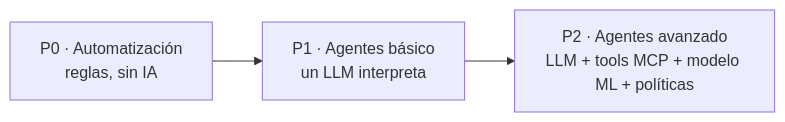
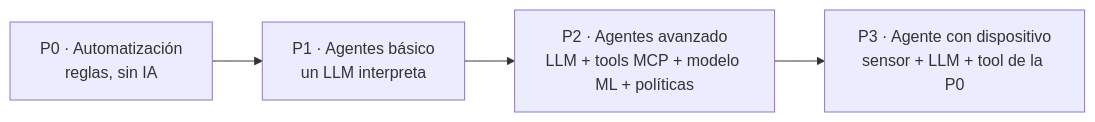
One commit to ProfOmarPinzon/agentes-low-code-n8n changed the diagram in README.md. Above: the diagram before and after it, drawn with Mermaid. The commit also changed other lines of this file and 14 other files, not shown here.

````diff
--- a/README.md
+++ b/README.md
@@ -5,5 +5,6 @@
 ```mermaid
 flowchart LR
     P0["P0 · Automatización<br/>reglas, sin IA"] --> P1["P1 · Agentes básico<br/>un LLM interpreta"]
     P1 --> P2["P2 · Agentes avanzado<br/>LLM + tools MCP + modelo ML + políticas"]
+    P2 --> P3["P3 · Agente con dispositivo<br/>sensor + LLM + tool de la P0"]
 ```
````
